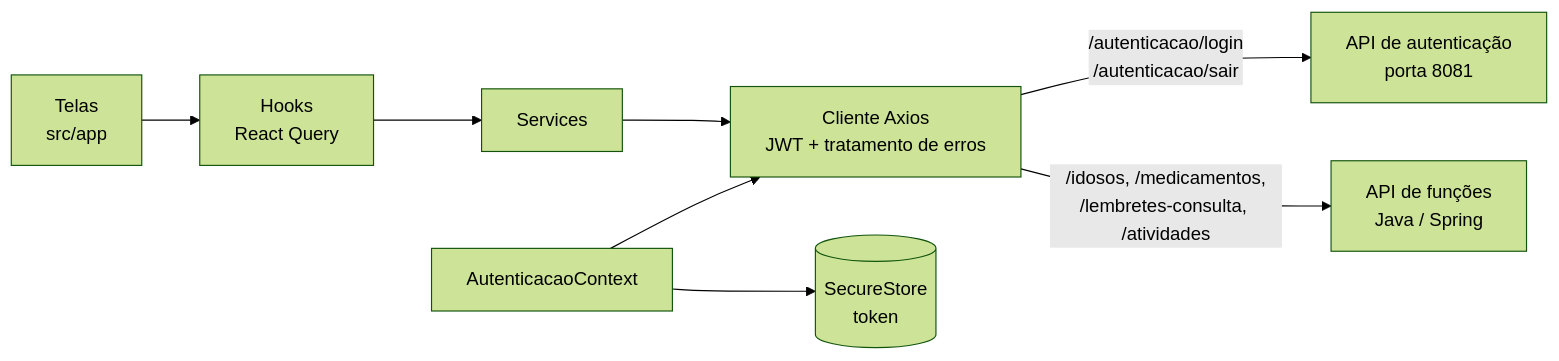
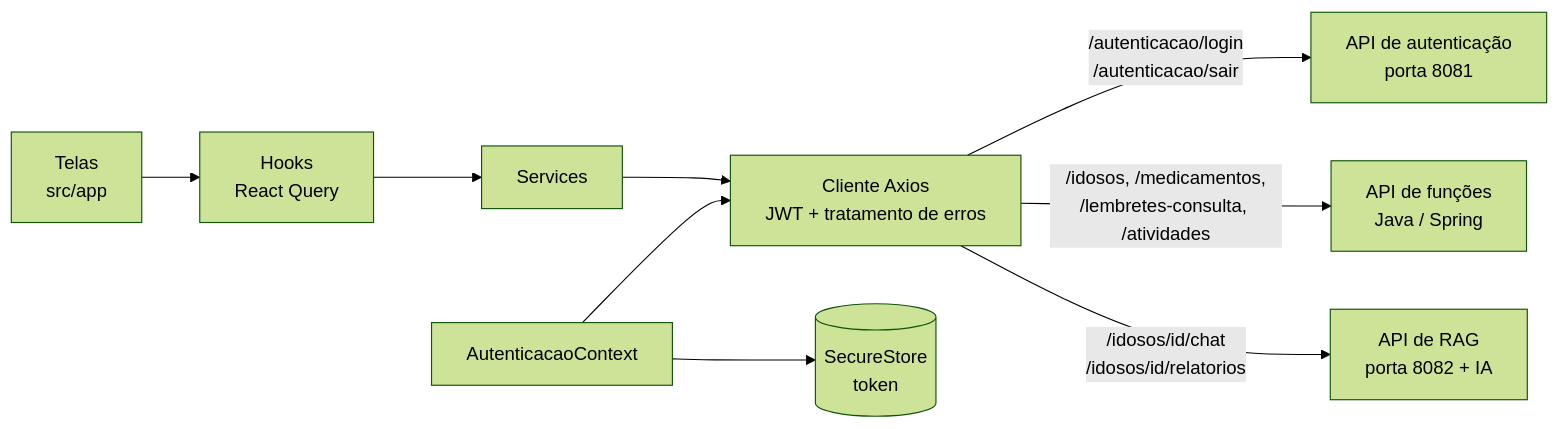
Before and after one commit to CitieZen-GS/Mobile: the diagram in README.md, drawn with Mermaid (forest theme). The commit also changed other lines of this file, not shown here.

First line of the commit message:
docs: documenta a integração com a API de RAG no README

````diff
--- a/README.md
+++ b/README.md
@@ -105,10 +113,11 @@
 ```mermaid
 flowchart LR
   T[Telas<br/>src/app] --> H[Hooks<br/>React Query]
   H --> S[Services]
   S --> A[Cliente Axios<br/>JWT + tratamento de erros]
   A -->|/autenticacao/login<br/>/autenticacao/sair| AUTH[API de autenticação<br/>porta 8081]
   A -->|/idosos, /medicamentos,<br/>/lembretes-consulta, /atividades| API[API de funções<br/>Java / Spring]
+  A -->|/idosos/id/chat<br/>/idosos/id/relatorios| RAG[API de RAG<br/>porta 8082 + IA]
   C[AutenticacaoContext] --> SS[(SecureStore<br/>token)]
   C --> A
 ```
````
